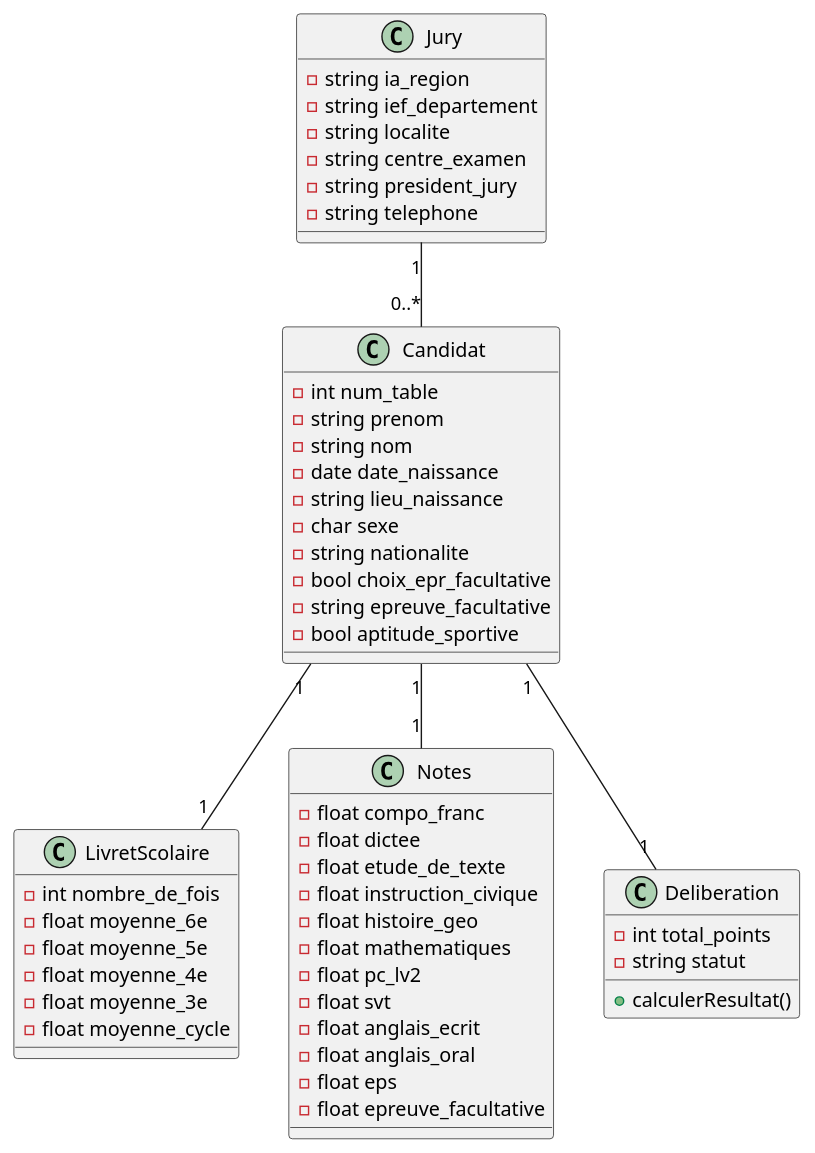
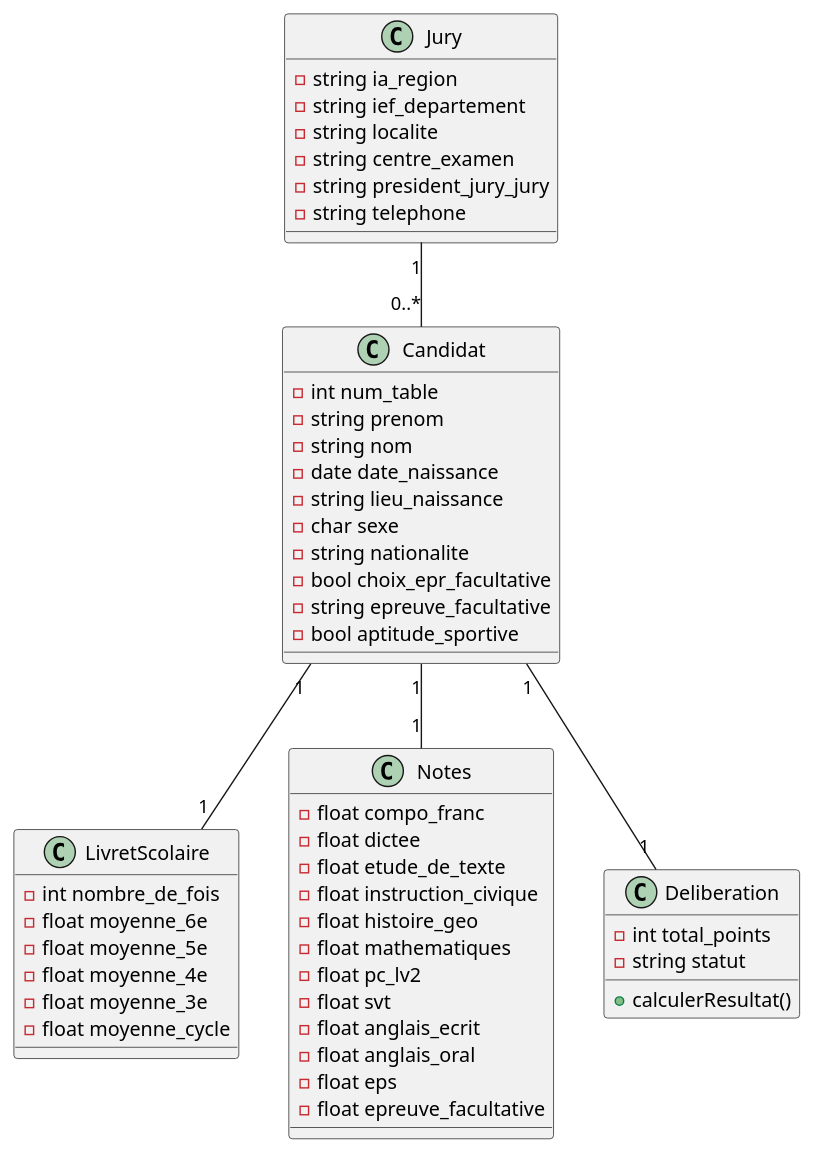
The diagram in model/class.wsd (capitaine12/bfem_gestion_candidats), drawn with PlantUML before and after one commit. The commit also changed 19 other files, not shown here.

```diff
--- a/model/class.wsd
+++ b/model/class.wsd
@@ -1,58 +1,58 @@
 @startuml class
 class Candidat {
     - int num_table
     - string prenom
     - string nom
     - date date_naissance
     - string lieu_naissance
     - char sexe
     - string nationalite
     - bool choix_epr_facultative
     - string epreuve_facultative
     - bool aptitude_sportive
 }
 
 class LivretScolaire {
     - int nombre_de_fois
     - float moyenne_6e
     - float moyenne_5e
     - float moyenne_4e
     - float moyenne_3e
     - float moyenne_cycle
 }
 
 class Notes {
     - float compo_franc
     - float dictee
     - float etude_de_texte
     - float instruction_civique
     - float histoire_geo
     - float mathematiques
     - float pc_lv2
     - float svt
     - float anglais_ecrit
     - float anglais_oral
     - float eps
     - float epreuve_facultative
 }
 
 class Jury {
     - string ia_region
     - string ief_departement
     - string localite
     - string centre_examen
-    - string president_jury
+    - string president_jury_jury
     - string telephone
 }
 
 class Deliberation {
     - int total_points
     - string statut
     + calculerResultat()
 }
 
 Candidat "1" -- "1" LivretScolaire
 Candidat "1" -- "1" Notes
 Jury "1" -- "0..*" Candidat
 Candidat "1" -- "1" Deliberation
 @enduml
```
